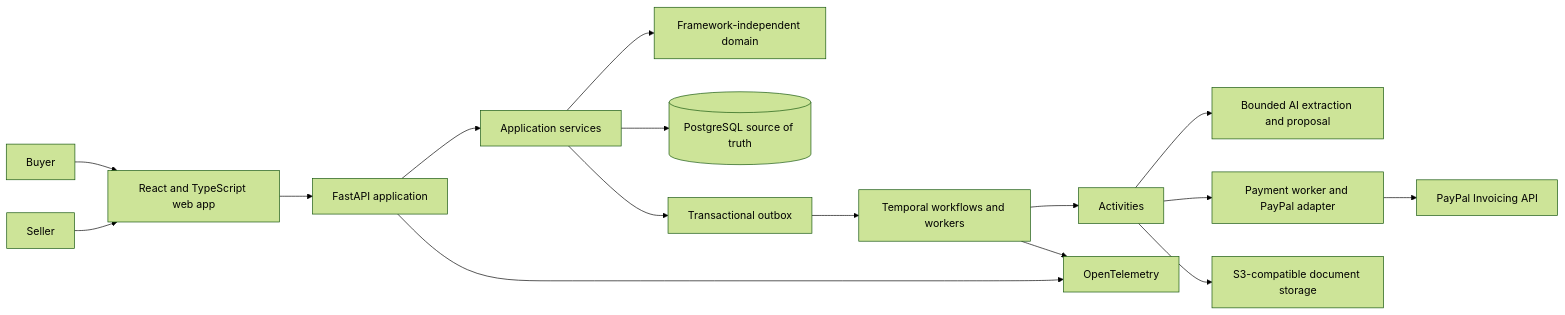
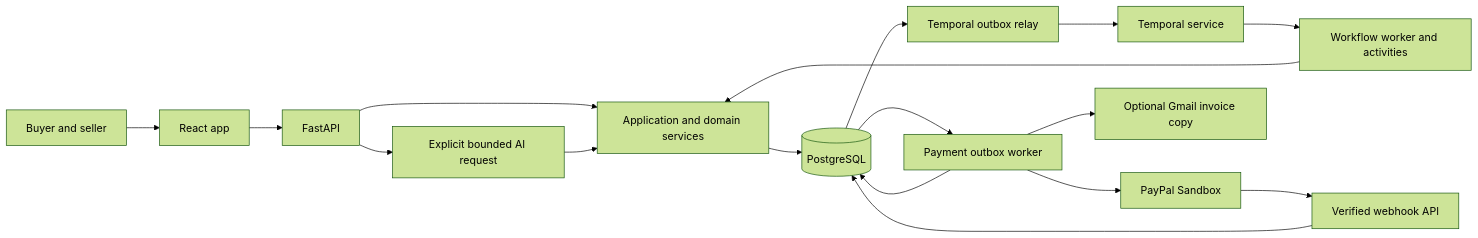
The first of 3 diagrams in ARCHITECTURE.md (yashaswi-khurana/SyncAlly), drawn with Mermaid (forest theme) before and after one commit. The commit also changed other lines of this file and 2 other files, not shown here.

Commit message:
Document current application setup and runtime architecture

````diff
--- a/ARCHITECTURE.md
+++ b/ARCHITECTURE.md
@@ -14,18 +9,19 @@
 ```mermaid
 flowchart LR
-    Buyer[Buyer] --> Web[React and TypeScript web app]
-    Seller[Seller] --> Web
-    Web --> API[FastAPI application]
-    API --> App[Application services]
-    App --> Domain[Framework-independent domain]
-    App --> DB[(PostgreSQL source of truth)]
-    App --> Outbox[Transactional outbox]
-    Outbox --> Temporal[Temporal workflows and workers]
-    Temporal --> Activities[Activities]
-    Activities --> AI[Bounded AI extraction and proposal]
-    Activities --> Payment[Payment worker and PayPal adapter]
-    Payment --> PayPal[PayPal Invoicing API]
-    Activities --> Storage[S3-compatible document storage]
-    API --> Telemetry[OpenTelemetry]
-    Temporal --> Telemetry
+    People[Buyer and seller] --> Web[React app]
+    Web --> API[FastAPI]
+    API --> App[Application and domain services]
+    App --> DB[(PostgreSQL)]
+    API --> AI[Explicit bounded AI request]
+    AI --> App
+    DB --> Relay[Temporal outbox relay]
+    Relay --> Temporal[Temporal service]
+    Temporal --> Worker[Workflow worker and activities]
+    Worker --> App
+    DB --> Payment[Payment outbox worker]
+    Payment --> PayPal[PayPal Sandbox]
+    PayPal --> Hook[Verified webhook API]
+    Hook --> DB
+    Payment --> DB
+    Payment --> Gmail[Optional Gmail invoice copy]
 ```
````
